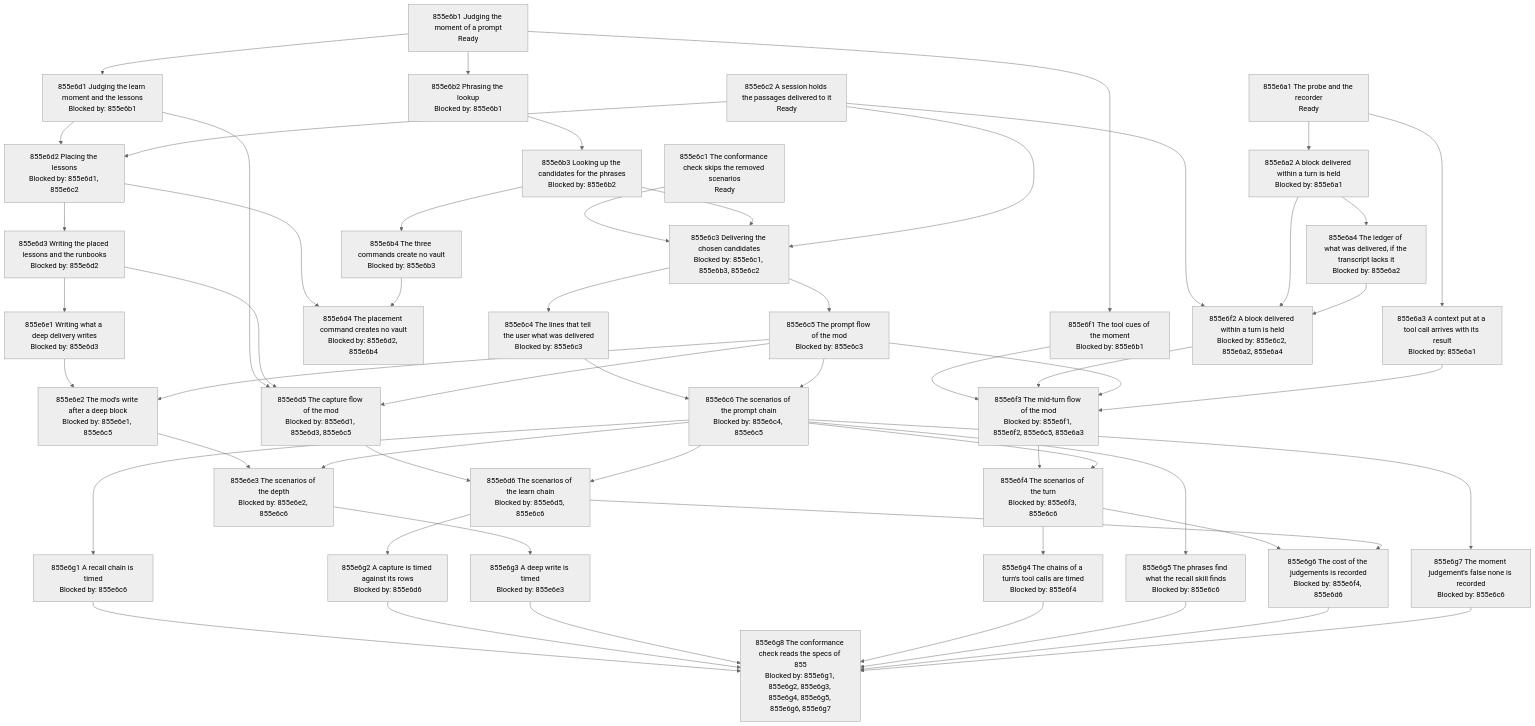
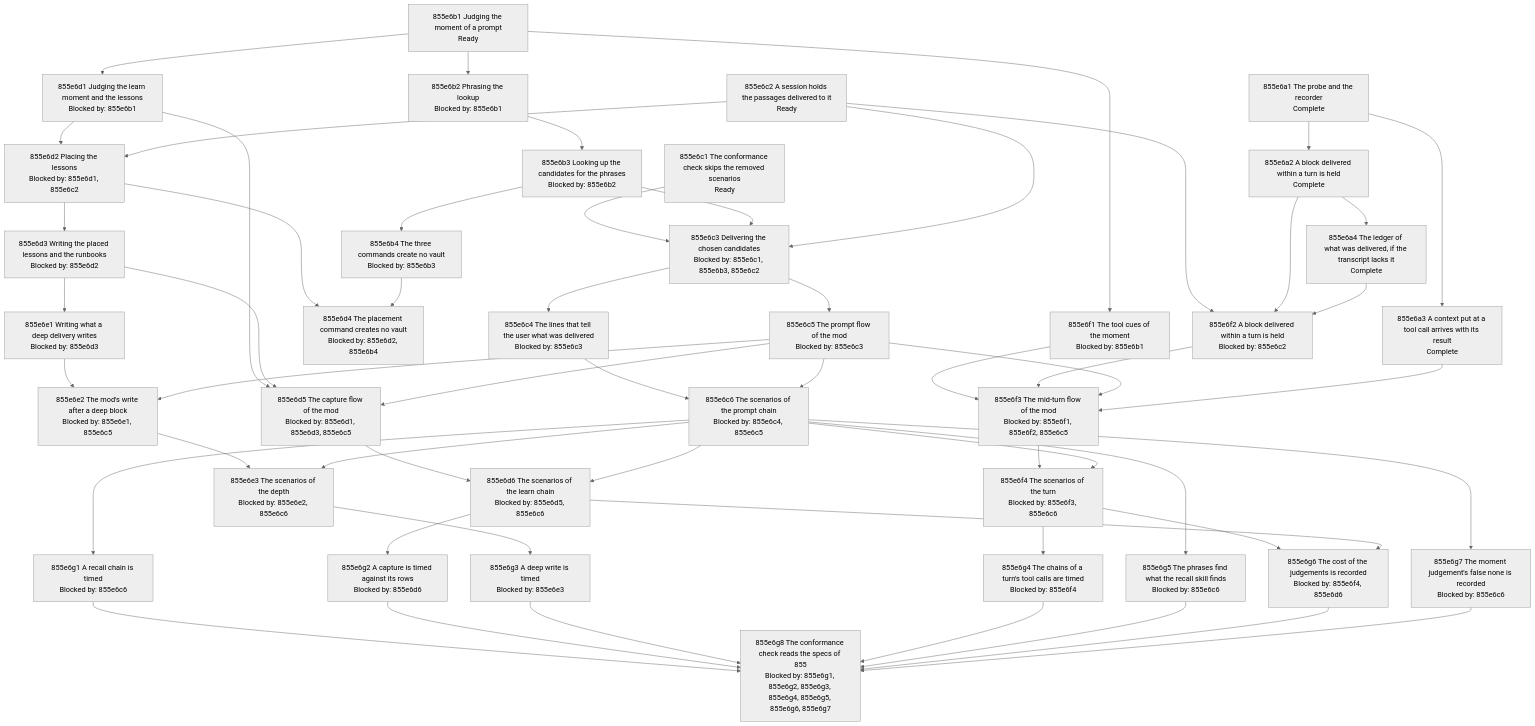
The diagram in docs/changes/855_judged-automatic-memory/855e_implementation-plan.md (toejough/engram), drawn with Mermaid (neutral theme) before and after one commit. The commit also changed other lines of this file and 1 other file, not shown here.

Commit message:
docs(855b50,855b51,855e6a): both gates confirmed; the ledger and the refuted-case work are not needed; group a is complete
AI-Used: [claude]

````diff
--- a/docs/changes/855_judged-automatic-memory/855e_implementation-plan.md
+++ b/docs/changes/855_judged-automatic-memory/855e_implementation-plan.md
@@ -54,9 +54,9 @@
 ```mermaid
 flowchart TD
-    n855e6a1["855e6a1 The probe and the recorder<br/>Ready"]
-    n855e6a2["855e6a2 A block delivered within a turn is held<br/>Blocked by: 855e6a1"]
-    n855e6a3["855e6a3 A context put at a tool call arrives with its result<br/>Blocked by: 855e6a1"]
-    n855e6a4["855e6a4 The ledger of what was delivered, if the transcript lacks it<br/>Blocked by: 855e6a2"]
+    n855e6a1["855e6a1 The probe and the recorder<br/>Complete"]
+    n855e6a2["855e6a2 A block delivered within a turn is held<br/>Complete"]
+    n855e6a3["855e6a3 A context put at a tool call arrives with its result<br/>Complete"]
+    n855e6a4["855e6a4 The ledger of what was delivered, if the transcript lacks it<br/>Complete"]
     n855e6b1["855e6b1 Judging the moment of a prompt<br/>Ready"]
     n855e6b2["855e6b2 Phrasing the lookup<br/>Blocked by: 855e6b1"]
     n855e6b3["855e6b3 Looking up the candidates for the phrases<br/>Blocked by: 855e6b2"]
@@ -77,8 +77,8 @@
     n855e6e2["855e6e2 The mod's write after a deep block<br/>Blocked by: 855e6e1, 855e6c5"]
     n855e6e3["855e6e3 The scenarios of the depth<br/>Blocked by: 855e6e2, 855e6c6"]
     n855e6f1["855e6f1 The tool cues of the moment<br/>Blocked by: 855e6b1"]
-    n855e6f2["855e6f2 A block delivered within a turn is held<br/>Blocked by: 855e6c2, 855e6a2, 855e6a4"]
-    n855e6f3["855e6f3 The mid-turn flow of the mod<br/>Blocked by: 855e6f1, 855e6f2, 855e6c5, 855e6a3"]
+    n855e6f2["855e6f2 A block delivered within a turn is held<br/>Blocked by: 855e6c2"]
+    n855e6f3["855e6f3 The mid-turn flow of the mod<br/>Blocked by: 855e6f1, 855e6f2, 855e6c5"]
     n855e6f4["855e6f4 The scenarios of the turn<br/>Blocked by: 855e6f3, 855e6c6"]
     n855e6g1["855e6g1 A recall chain is timed<br/>Blocked by: 855e6c6"]
     n855e6g2["855e6g2 A capture is timed against its rows<br/>Blocked by: 855e6d6"]
````
